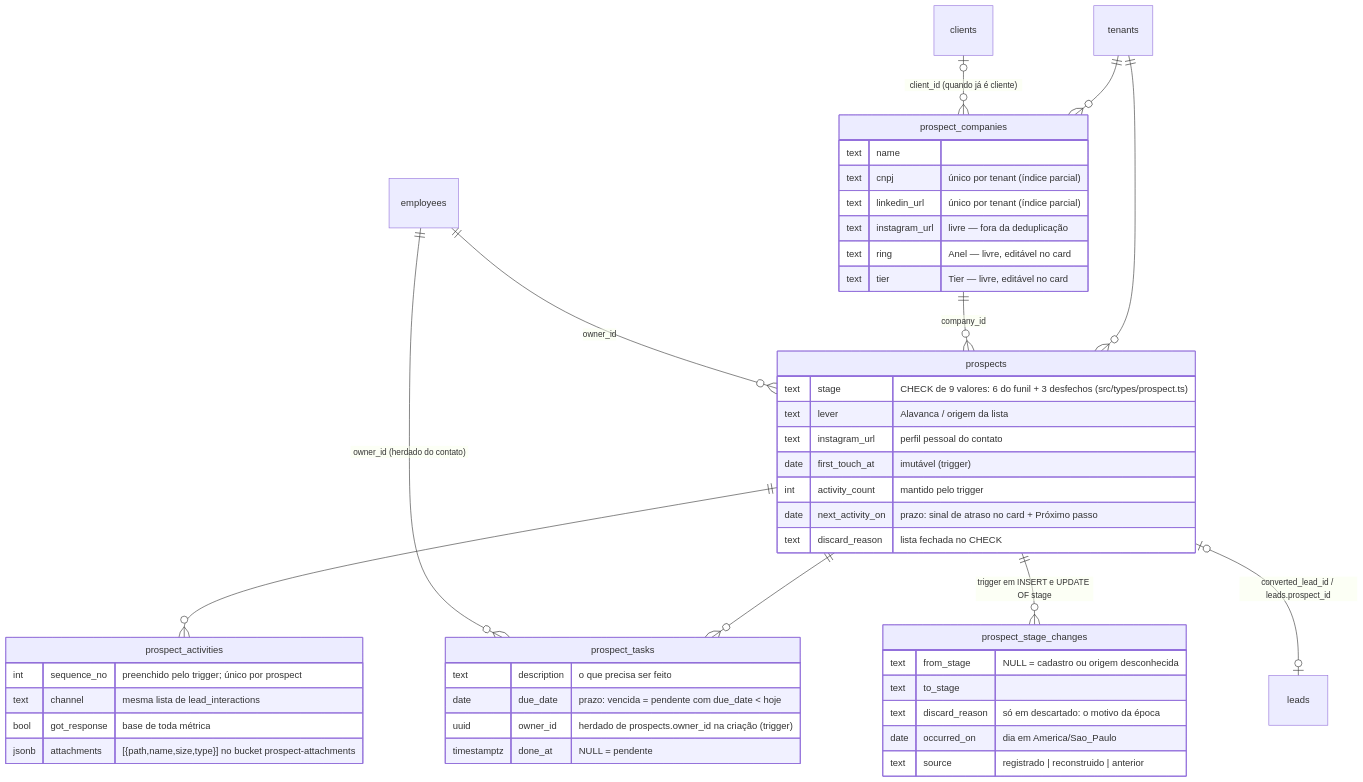
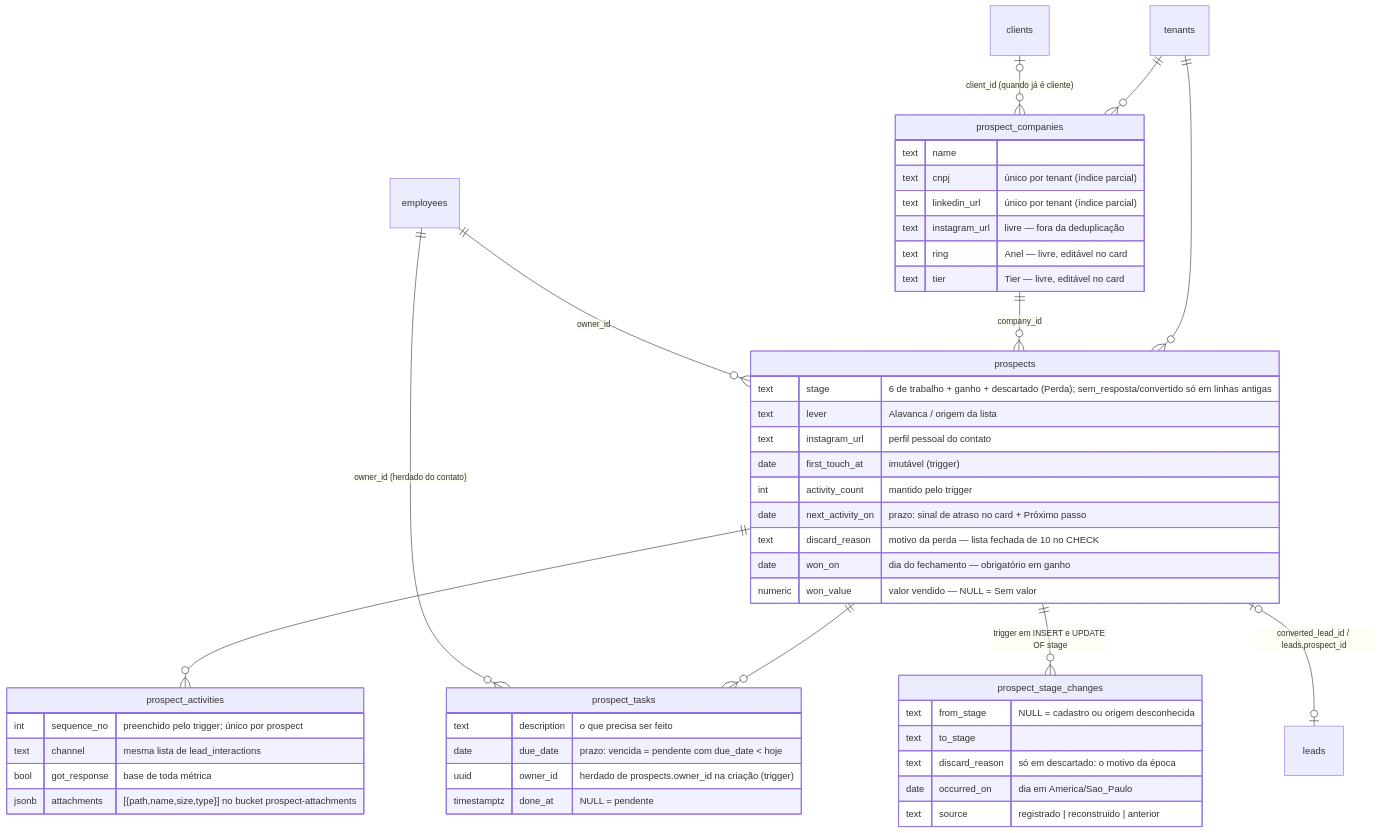
One commit to Origami-Lab-Organization/og-pulse changed the second of 6 diagrams in .harness/docs/architecture/erd.md. Above: the diagram before and after it, drawn with Mermaid. The commit also changed other lines of this file and 33 other files, not shown here.

First line of the commit message:
feat: implement "Ganho" stage for prospects with date and value tracking

````diff
--- a/.harness/docs/architecture/erd.md
+++ b/.harness/docs/architecture/erd.md
@@ -115,50 +119,52 @@
 ```mermaid
 erDiagram
     tenants ||--o{ prospect_companies : ""
     tenants ||--o{ prospects : ""
     clients |o--o{ prospect_companies : "client_id (quando já é cliente)"
     prospect_companies ||--o{ prospects : "company_id"
     prospects ||--o{ prospect_activities : ""
     prospects ||--o{ prospect_tasks : ""
     prospects ||--o{ prospect_stage_changes : "trigger em INSERT e UPDATE OF stage"
     employees ||--o{ prospect_tasks : "owner_id (herdado do contato)"
     employees ||--o{ prospects : "owner_id"
     prospects |o--o| leads : "converted_lead_id / leads.prospect_id"
 
     prospect_companies {
         text name ""
         text cnpj "único por tenant (índice parcial)"
         text linkedin_url "único por tenant (índice parcial)"
         text instagram_url "livre — fora da deduplicação"
         text ring "Anel — livre, editável no card"
         text tier "Tier — livre, editável no card"
     }
     prospects {
-        text stage "CHECK de 9 valores: 6 do funil + 3 desfechos (src/types/prospect.ts)"
+        text stage "6 de trabalho + ganho + descartado (Perda); sem_resposta/convertido só em linhas antigas"
         text lever "Alavanca / origem da lista"
         text instagram_url "perfil pessoal do contato"
         date first_touch_at "imutável (trigger)"
         int activity_count "mantido pelo trigger"
         date next_activity_on "prazo: sinal de atraso no card + Próximo passo"
-        text discard_reason "lista fechada no CHECK"
+        text discard_reason "motivo da perda — lista fechada de 10 no CHECK"
+        date won_on "dia do fechamento — obrigatório em ganho"
+        numeric won_value "valor vendido — NULL = Sem valor"
     }
     prospect_activities {
         int sequence_no "preenchido pelo trigger; único por prospect"
         text channel "mesma lista de lead_interactions"
         bool got_response "base de toda métrica"
         jsonb attachments "[{path,name,size,type}] no bucket prospect-attachments"
     }
     prospect_stage_changes {
         text from_stage "NULL = cadastro ou origem desconhecida"
         text to_stage ""
         text discard_reason "só em descartado: o motivo da época"
         date occurred_on "dia em America/Sao_Paulo"
         text source "registrado | reconstruido | anterior"
     }
     prospect_tasks {
         text description "o que precisa ser feito"
         date due_date "prazo: vencida = pendente com due_date < hoje"
         uuid owner_id "herdado de prospects.owner_id na criação (trigger)"
         timestamptz done_at "NULL = pendente"
     }
 ```
````
